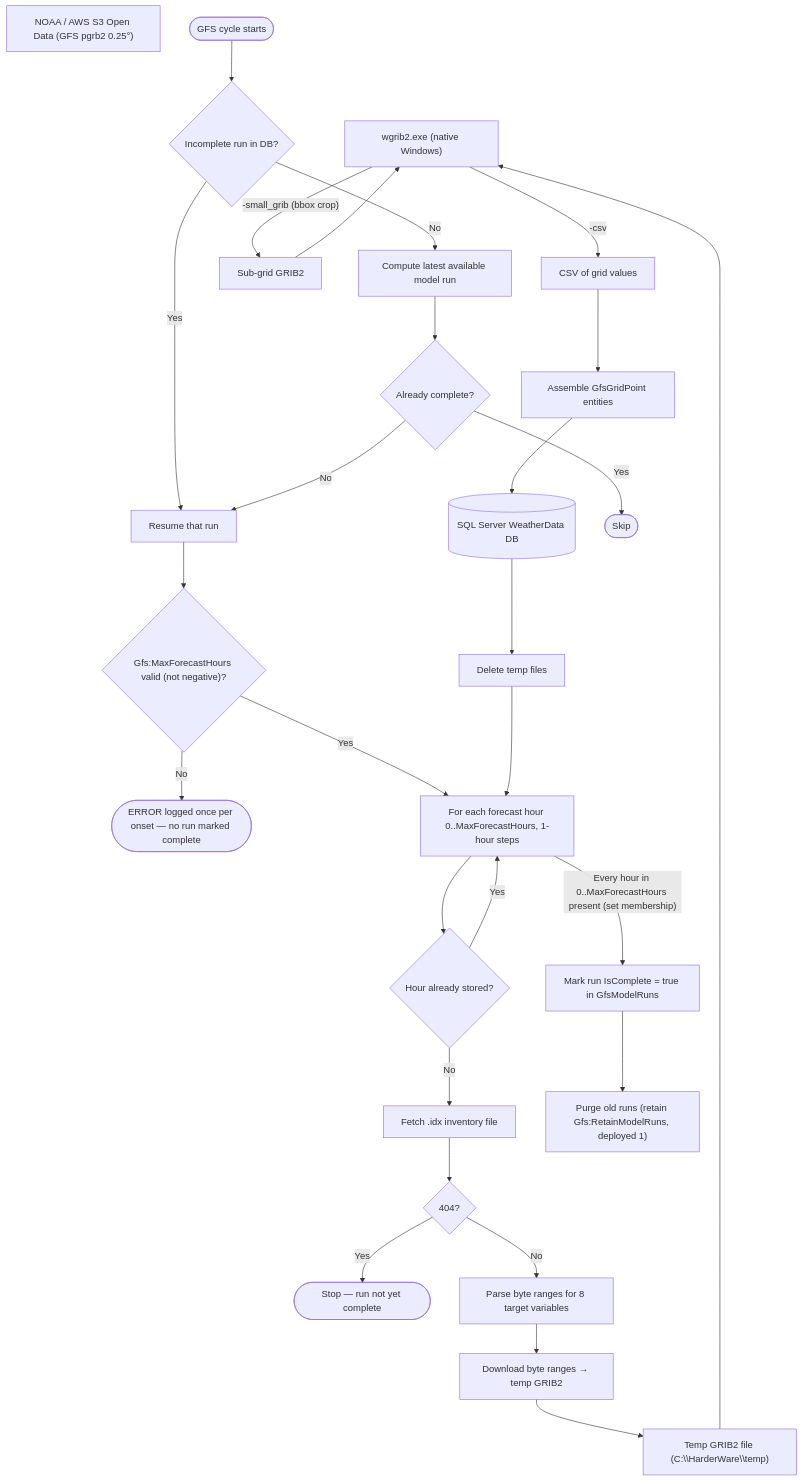
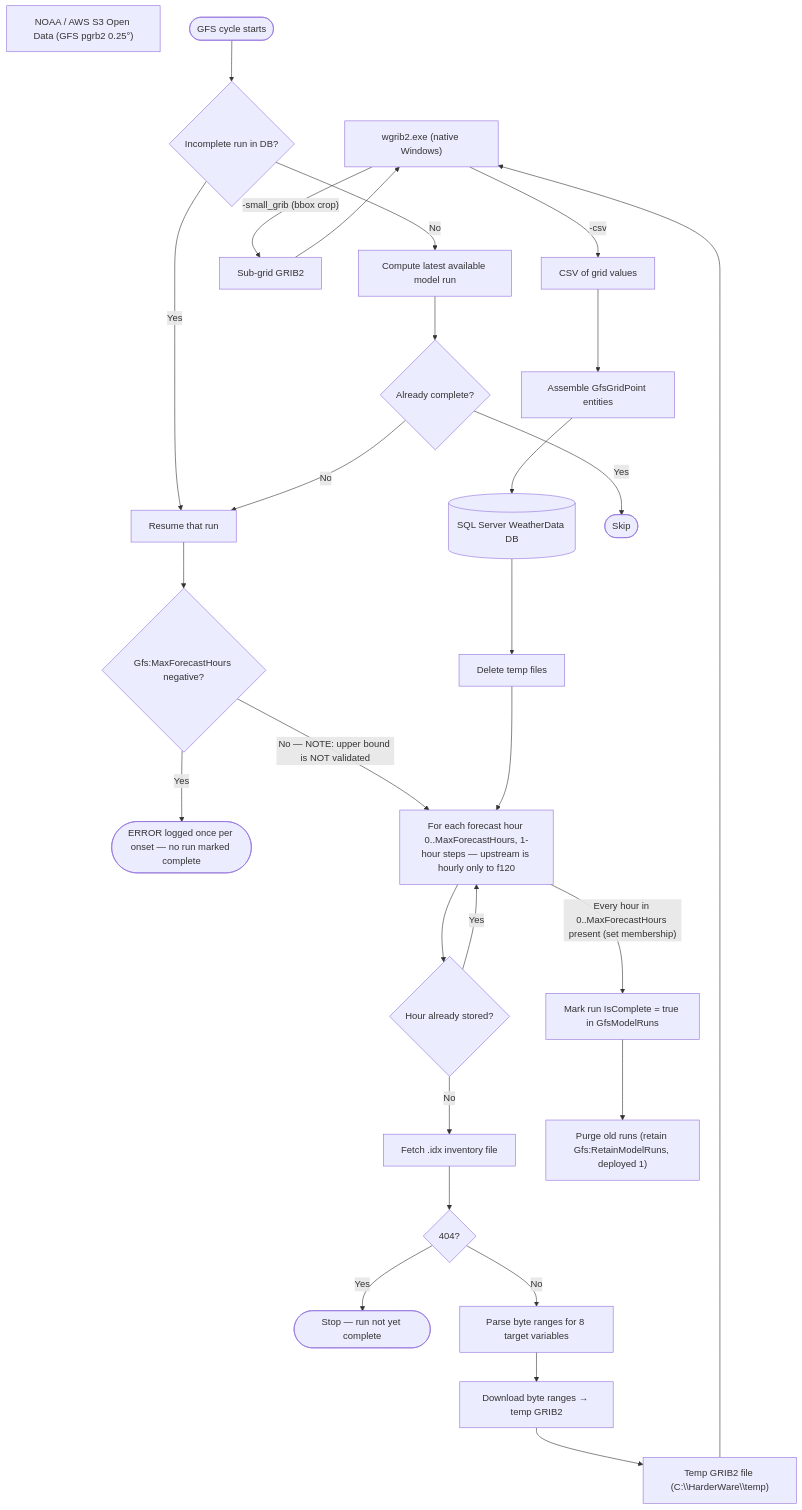
The third of 9 diagrams in WxServices/DESIGN.md (PaulHarder2/HarderWare), drawn with Mermaid before and after one commit. The commit also changed other lines of this file and 1 other file, not shown here.

````diff
--- a/WxServices/DESIGN.md
+++ b/WxServices/DESIGN.md
@@ -145,37 +145,37 @@
 ```mermaid
 flowchart TD
     NOMADS["NOAA / AWS S3 Open Data (GFS pgrb2 0.25°)"]
     WGRIB2["wgrib2.exe (native Windows)"]
     DB[("SQL Server WeatherData DB")]
     TEMP["Temp GRIB2 file (C:\\HarderWare\\temp)"]
 
     START([GFS cycle starts]) --> PENDING{Incomplete run in DB?}
     PENDING -->|Yes| RESUME["Resume that run"]
     PENDING -->|No| LATEST["Compute latest available model run"]
     LATEST --> KNOWN{Already complete?}
     KNOWN -->|Yes| SKIP([Skip])
     KNOWN -->|No| RESUME
 
-    RESUME --> BOUND{"Gfs:MaxForecastHours valid (not negative)?"}
-    BOUND -->|"No"| BADCFG([ERROR logged once per onset — no run marked complete])
-    BOUND -->|"Yes"| LOOP["For each forecast hour 0..MaxForecastHours, 1-hour steps"]
+    RESUME --> BOUND{"Gfs:MaxForecastHours negative?"}
+    BOUND -->|"Yes"| BADCFG([ERROR logged once per onset — no run marked complete])
+    BOUND -->|"No — NOTE: upper bound is NOT validated"| LOOP["For each forecast hour 0..MaxForecastHours, 1-hour steps — upstream is hourly only to f120"]
     LOOP --> STORED{Hour already stored?}
     STORED -->|Yes| LOOP
     STORED -->|No| IDX["Fetch .idx inventory file"]
     IDX --> NOTFOUND{404?}
     NOTFOUND -->|Yes| STOP([Stop — run not yet complete])
     NOTFOUND -->|No| RANGES["Parse byte ranges for 8 target variables"]
     RANGES --> DOWNLOAD["Download byte ranges → temp GRIB2"]
     DOWNLOAD --> TEMP
     TEMP --> WGRIB2
     WGRIB2 -->|"-small_grib (bbox crop)"| SUBGRID["Sub-grid GRIB2"]
     SUBGRID --> WGRIB2
     WGRIB2 -->|"-csv"| CSV["CSV of grid values"]
     CSV --> ASSEMBLE["Assemble GfsGridPoint entities"]
     ASSEMBLE --> DB
     DB --> CLEANUP["Delete temp files"]
     CLEANUP --> LOOP
 
     LOOP -->|"Every hour in 0..MaxForecastHours present (set membership)"| MARK["Mark run IsComplete = true in GfsModelRuns"]
     MARK --> PURGE["Purge old runs (retain Gfs:RetainModelRuns, deployed 1)"]
 ```
````
